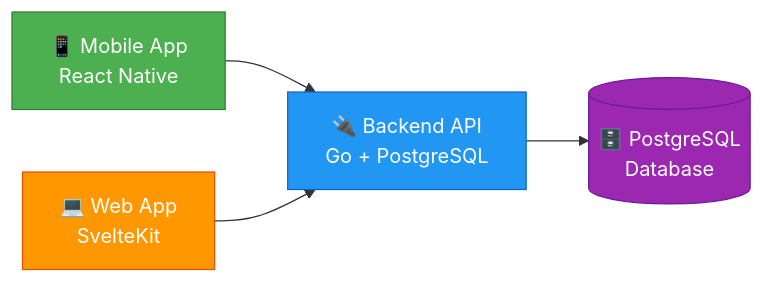
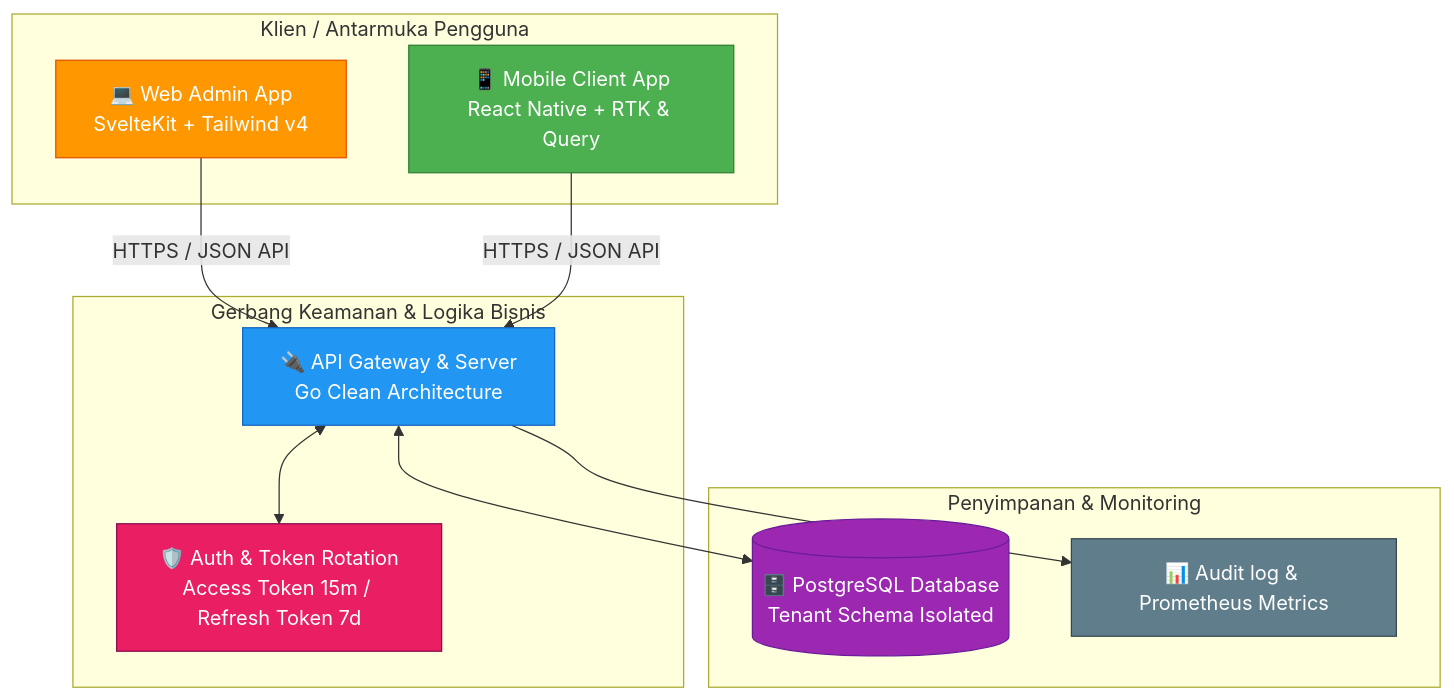
Before and after one commit to Udean777/Sekre-HQ: the diagram in README.md, drawn with Mermaid. The commit also changed other lines of this file and 3 other files, not shown here.

````diff
--- a/README.md
+++ b/README.md
@@ -162,11 +36,30 @@
 ```mermaid
-graph LR
-    A[📱 Mobile App<br/>React Native] --> B[🔌 Backend API<br/>Go + PostgreSQL]
-    C[💻 Web App<br/>SvelteKit] --> B
-    B --> D[(🗄️ PostgreSQL<br/>Database)]
+graph TD
+    subgraph Klien / Antarmuka Pengguna
+        A[💻 Web Admin App<br/>SvelteKit + Tailwind v4]
+        B[📱 Mobile Client App<br/>React Native + RTK & Query]
+    end
 
-    style A fill:#4CAF50,stroke:#2E7D32,color:#fff
-    style B fill:#2196F3,stroke:#1565C0,color:#fff
-    style C fill:#FF9800,stroke:#E65100,color:#fff
-    style D fill:#9C27B0,stroke:#6A1B9A,color:#fff
+    subgraph Gerbang Keamanan & Logika Bisnis
+        C[🔌 API Gateway & Server<br/>Go Clean Architecture]
+        D[🛡️ Auth & Token Rotation<br/>Access Token 15m / Refresh Token 7d]
+    end
+
+    subgraph Penyimpanan & Monitoring
+        E[(🗄️ PostgreSQL Database<br/>Tenant Schema Isolated)]
+        F[📊 Audit log & Prometheus Metrics]
+    end
+
+    A -->|HTTPS / JSON API| C
+    B -->|HTTPS / JSON API| C
+    C <--> D
+    C <--> E
+    C --> F
+    
+    style A fill:#FF9800,stroke:#E65100,color:#fff
+    style B fill:#4CAF50,stroke:#2E7D32,color:#fff
+    style C fill:#2196F3,stroke:#1565C0,color:#fff
+    style D fill:#E91E63,stroke:#880E4F,color:#fff
+    style E fill:#9C27B0,stroke:#6A1B9A,color:#fff
+    style F fill:#607D8B,stroke:#37474F,color:#fff
 ```
````
